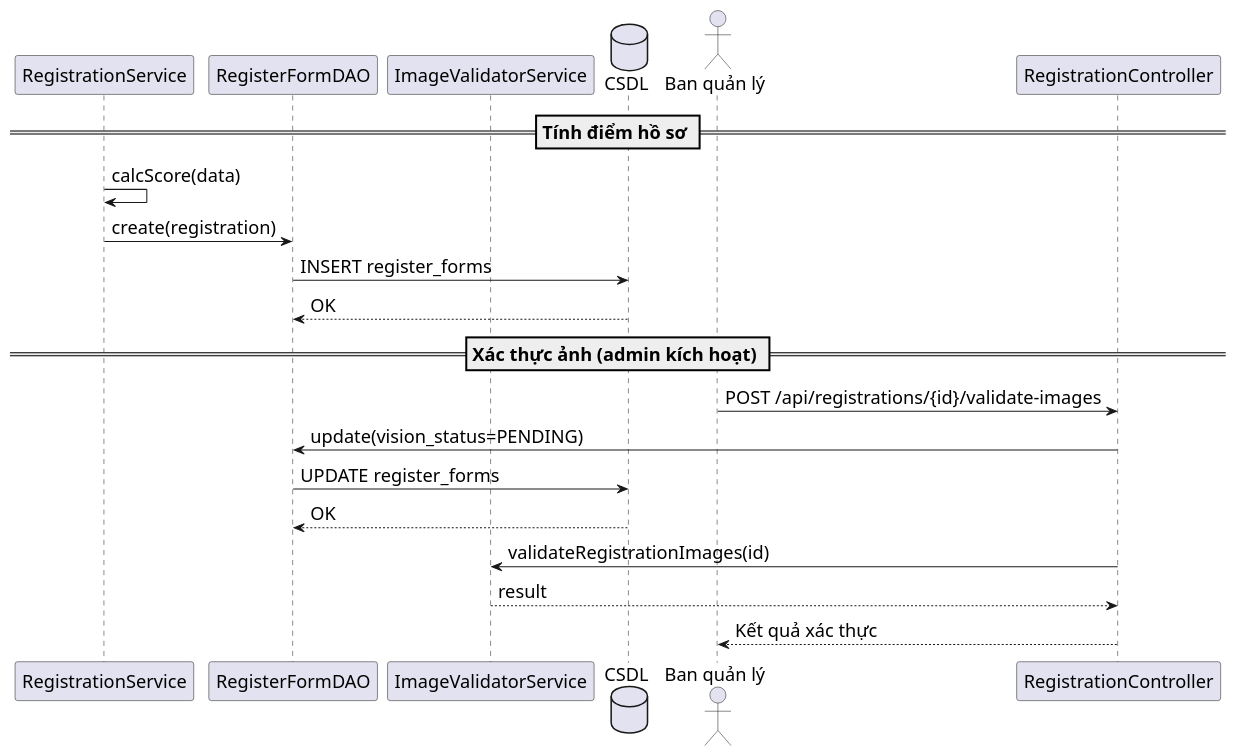
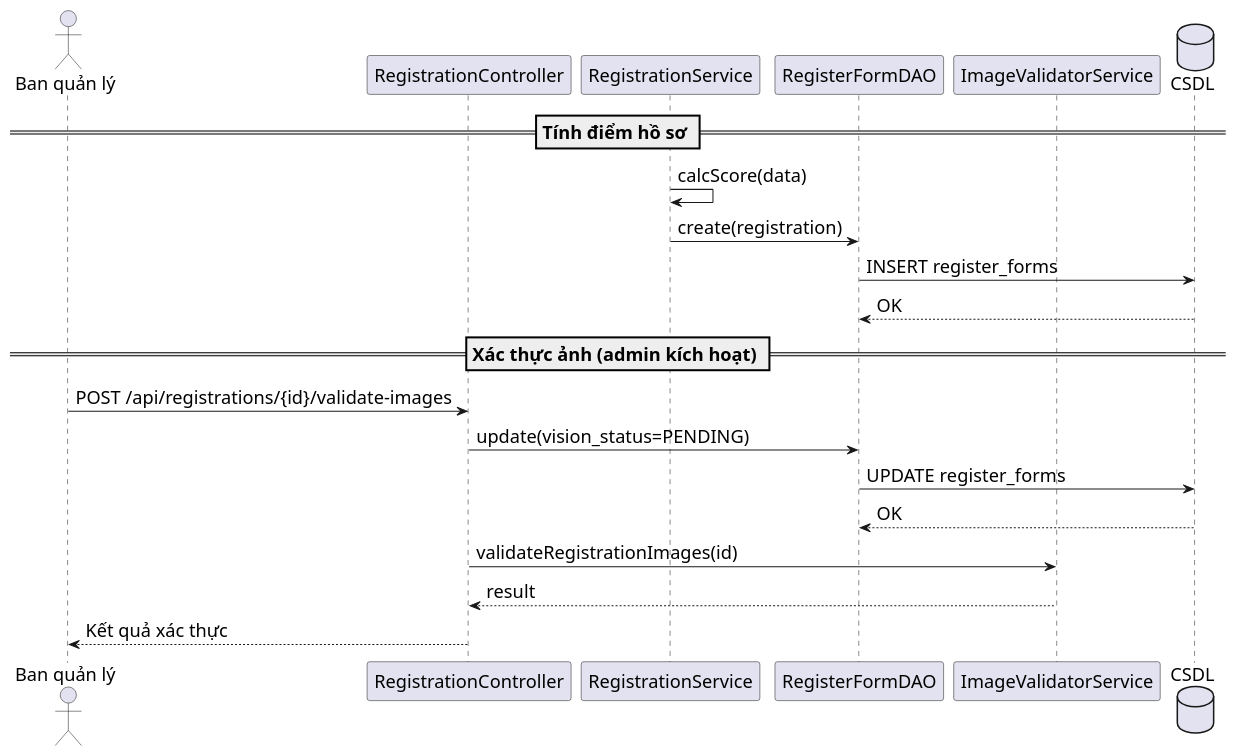
The diagram in diagrams/nhomhosodangky/registration_scoring_vision_sequence.puml (s0nbuildtech287/dormitory-frontend), drawn with PlantUML before and after one commit. The commit also changed other lines of this file, not shown here.

```diff
--- a/diagrams/nhomhosodangky/registration_scoring_vision_sequence.puml
+++ b/diagrams/nhomhosodangky/registration_scoring_vision_sequence.puml
@@ -1,25 +1,25 @@
 @startuml "Registration Scoring Vision Sequence"
 skinparam defaultFontSize 18
 skinparam defaultFontName "Times New Roman"
+actor "Ban quản lý" as Admin
+participant "RegistrationController" as RegC
 participant "RegistrationService" as RegS
 participant "RegisterFormDAO" as RegDAO
 participant "ImageValidatorService" as VisionS
 database "CSDL" as DB
 
 == Tính điểm hồ sơ ==
 RegS -> RegS: calcScore(data)
 RegS -> RegDAO: create(registration)
 RegDAO -> DB: INSERT register_forms
 DB --> RegDAO: OK
 
 == Xác thực ảnh (admin kích hoạt) ==
-actor "Ban quản lý" as Admin
-participant "RegistrationController" as RegC
 Admin -> RegC: POST /api/registrations/{id}/validate-images
 RegC -> RegDAO: update(vision_status=PENDING)
 RegDAO -> DB: UPDATE register_forms
 DB --> RegDAO: OK
 RegC -> VisionS: validateRegistrationImages(id)
 VisionS --> RegC: result
 RegC --> Admin: Kết quả xác thực
 @enduml
```
